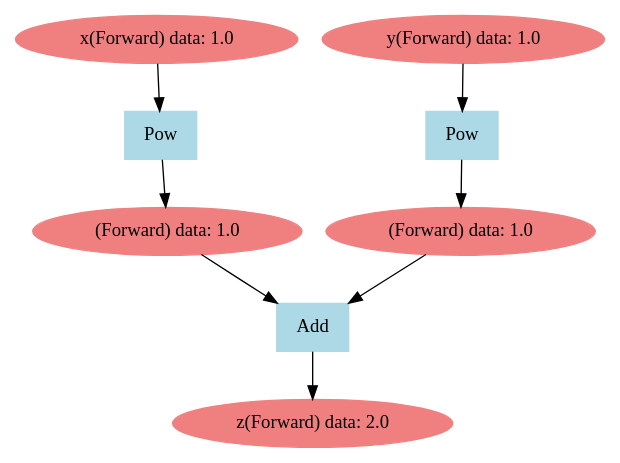
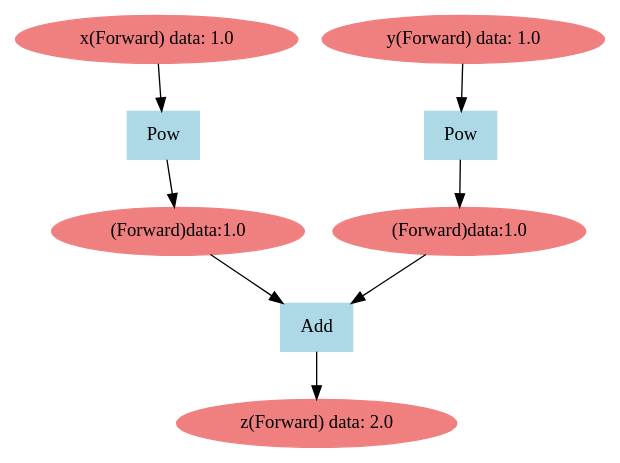
Before and after one commit to ZeweiLi999/Large_Model_From_None: the diagram in LearnTorch_ALL/TeachImage/CGMap/sphereForward.dot, drawn with Graphviz. The commit also changed 47 other files, not shown here.

Commit message:
1.支持自动计算高阶导数，重写多个函数mul sub pow sin，新增cos函数 ；2.添加新可视化图片sin导数和y=x**4导数，新增GIF牛顿法可视化对比；3.重写readme为相对路径引用；4.为VirtualAssistant添加images文件夹

```diff
--- a/LearnTorch_ALL/TeachImage/CGMap/sphereForward.dot
+++ b/LearnTorch_ALL/TeachImage/CGMap/sphereForward.dot
@@ -1,17 +1,17 @@
 digraph g {
-2714442466928 [label="z(Forward) data: 2.0", color=lightcoral, style=filled]
-2714442466736 [label ="Add", color=lightblue, style=filled, shape=box]
-2714442466592 -> 2714442466736
-2714442466784 -> 2714442466736
-2714442466736 -> 2714442466928
-2714442466592 [label="(Forward) data: 1.0", color=lightcoral, style=filled]
-2714442466784 [label="(Forward) data: 1.0", color=lightcoral, style=filled]
-2714442466448 [label ="Pow", color=lightblue, style=filled, shape=box]
-2716550835600 -> 2714442466448
-2714442466448 -> 2714442466784
-2716550835600 [label="y(Forward) data: 1.0", color=lightcoral, style=filled]
-2716550835504 [label ="Pow", color=lightblue, style=filled, shape=box]
-2716550835648 -> 2716550835504
-2716550835504 -> 2714442466592
-2716550835648 [label="x(Forward) data: 1.0", color=lightcoral, style=filled]
+Forward2667169647728 [label="z(Forward) data: 2.0", color=lightcoral, style=filled]
+Forward2667169647536 [label ="Add", color=lightblue, style=filled, shape=box]
+Forward2667169647392 -> Forward2667169647536
+Forward2667169647584 -> Forward2667169647536
+Forward2667169647536 -> Forward2667169647728
+Forward2667169647392 [label="(Forward)data:1.0", color=lightcoral, style=filled]
+Forward2667169647584 [label="(Forward)data:1.0", color=lightcoral, style=filled]
+Forward2667169647344 [label ="Pow", color=lightblue, style=filled, shape=box]
+Forward2667152493296 -> Forward2667169647344
+Forward2667169647344 -> Forward2667169647584
+Forward2667152493296 [label="y(Forward) data: 1.0", color=lightcoral, style=filled]
+Forward2667152493248 [label ="Pow", color=lightblue, style=filled, shape=box]
+Forward2667152493344 -> Forward2667152493248
+Forward2667152493248 -> Forward2667169647392
+Forward2667152493344 [label="x(Forward) data: 1.0", color=lightcoral, style=filled]
 }
```
